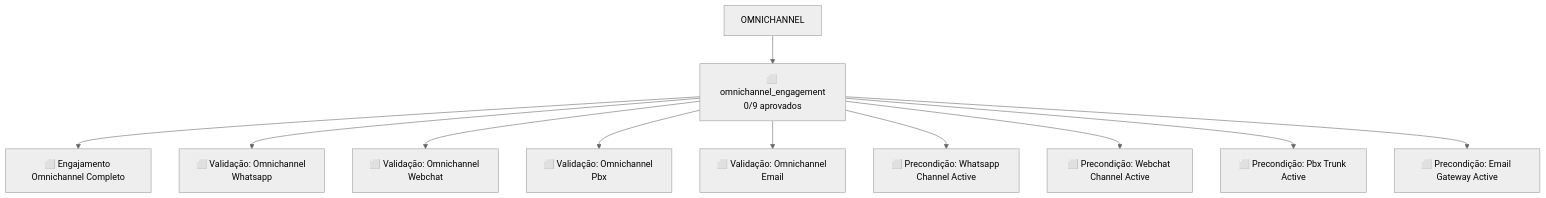
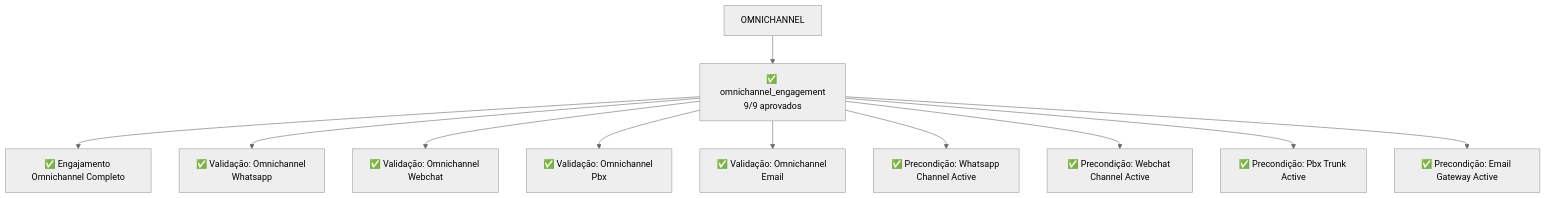
Before and after one commit to jeffersonmachado/r-agent2: the diagram in docs/diagrams/qa-waves/vertical-omnichannel.md, drawn with Mermaid (neutral theme). The commit also changed 74 other files, not shown here.

First line of the commit message:
docs(qa-waves): roteiros de jornada + diagramas + status de plataforma

````diff
--- a/docs/diagrams/qa-waves/vertical-omnichannel.md
+++ b/docs/diagrams/qa-waves/vertical-omnichannel.md
@@ -5,25 +5,25 @@
 ```mermaid
 flowchart TD
     v_omnichannel["OMNICHANNEL"]
-    omnichannel_omnichannel_engagement["⬜ omnichannel_engagement\n0/9 aprovados"]
+    omnichannel_omnichannel_engagement["✅ omnichannel_engagement\n9/9 aprovados"]
     v_omnichannel --> omnichannel_omnichannel_engagement
-    business_e2e_omnichannel_engagement["⬜ Engajamento Omnichannel Completo"]
+    business_e2e_omnichannel_engagement["✅ Engajamento Omnichannel Completo"]
     omnichannel_omnichannel_engagement --> business_e2e_omnichannel_engagement
-    cap_omnichannel_whatsapp["⬜ Validação: Omnichannel Whatsapp"]
+    cap_omnichannel_whatsapp["✅ Validação: Omnichannel Whatsapp"]
     omnichannel_omnichannel_engagement --> cap_omnichannel_whatsapp
-    cap_omnichannel_webchat["⬜ Validação: Omnichannel Webchat"]
+    cap_omnichannel_webchat["✅ Validação: Omnichannel Webchat"]
     omnichannel_omnichannel_engagement --> cap_omnichannel_webchat
-    cap_omnichannel_pbx["⬜ Validação: Omnichannel Pbx"]
+    cap_omnichannel_pbx["✅ Validação: Omnichannel Pbx"]
     omnichannel_omnichannel_engagement --> cap_omnichannel_pbx
-    cap_omnichannel_email["⬜ Validação: Omnichannel Email"]
+    cap_omnichannel_email["✅ Validação: Omnichannel Email"]
     omnichannel_omnichannel_engagement --> cap_omnichannel_email
-    precond_omnichannel_engagement_whatsapp_channel_active["⬜ Precondição: Whatsapp Channel Active"]
+    precond_omnichannel_engagement_whatsapp_channel_active["✅ Precondição: Whatsapp Channel Active"]
     omnichannel_omnichannel_engagement --> precond_omnichannel_engagement_whatsapp_channel_active
-    precond_omnichannel_engagement_webchat_channel_active["⬜ Precondição: Webchat Channel Active"]
+    precond_omnichannel_engagement_webchat_channel_active["✅ Precondição: Webchat Channel Active"]
     omnichannel_omnichannel_engagement --> precond_omnichannel_engagement_webchat_channel_active
-    precond_omnichannel_engagement_pbx_trunk_active["⬜ Precondição: Pbx Trunk Active"]
+    precond_omnichannel_engagement_pbx_trunk_active["✅ Precondição: Pbx Trunk Active"]
     omnichannel_omnichannel_engagement --> precond_omnichannel_engagement_pbx_trunk_active
-    precond_omnichannel_engagement_email_gateway_active["⬜ Precondição: Email Gateway Active"]
+    precond_omnichannel_engagement_email_gateway_active["✅ Precondição: Email Gateway Active"]
     omnichannel_omnichannel_engagement --> precond_omnichannel_engagement_email_gateway_active
 
 ```
````
